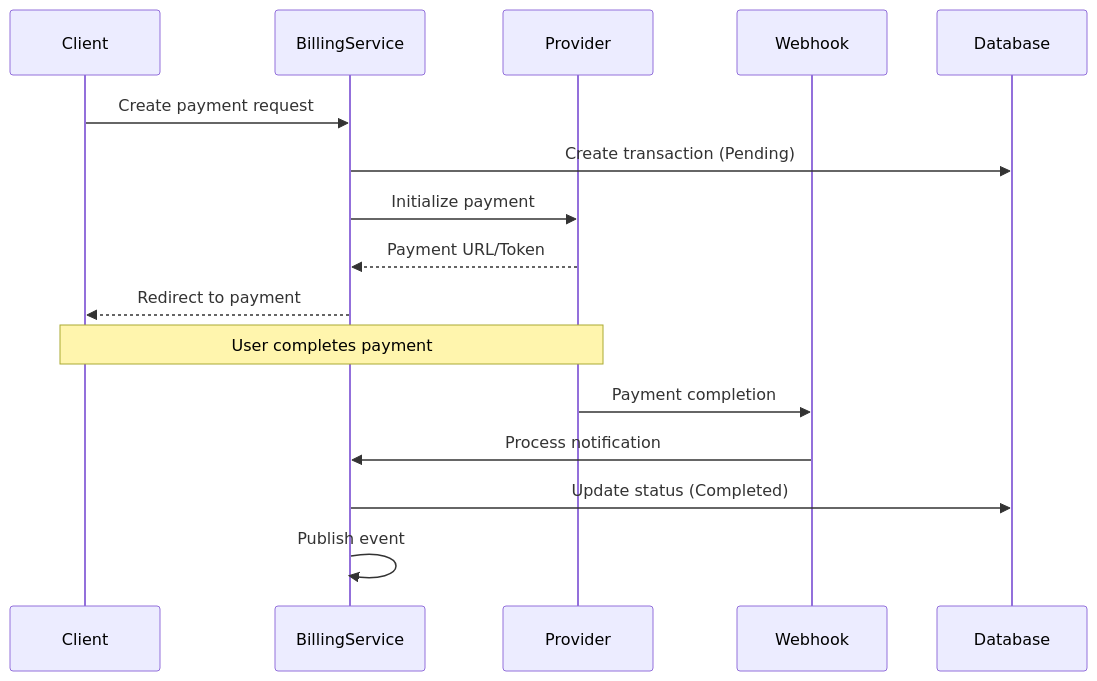
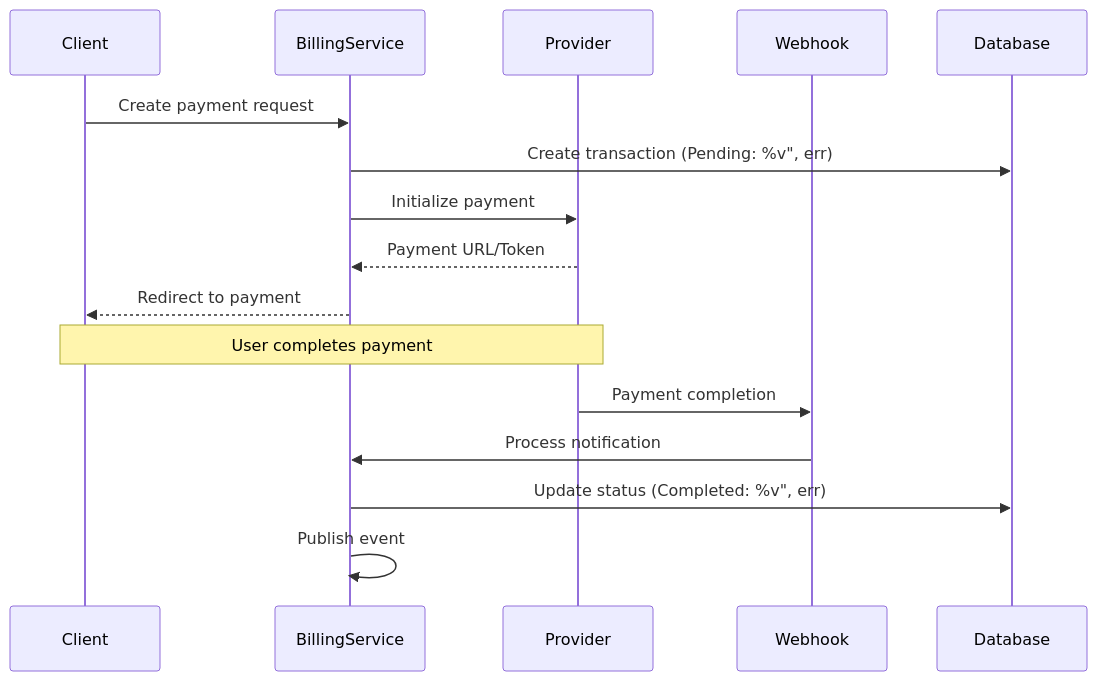
Before and after one commit to iota-uz/iota-sdk: the second of 2 diagrams in docs/content/billing/overview.mdx, drawn with Mermaid. The commit also changed 22 other files, not shown here.

````diff
--- a/docs/content/billing/overview.mdx
+++ b/docs/content/billing/overview.mdx
@@ -90,21 +90,21 @@
 ```mermaid
 sequenceDiagram
     participant Client
     participant BillingService
     participant Provider
     participant Webhook
     participant Database
     
     Client->>BillingService: Create payment request
-    BillingService->>Database: Create transaction (Pending)
+    BillingService->>Database: Create transaction (Pending: %v", err)
     BillingService->>Provider: Initialize payment
     Provider-->>BillingService: Payment URL/Token
     BillingService-->>Client: Redirect to payment
     
     Note over Client,Provider: User completes payment
     
     Provider->>Webhook: Payment completion
     Webhook->>BillingService: Process notification
-    BillingService->>Database: Update status (Completed)
+    BillingService->>Database: Update status (Completed: %v", err)
     BillingService->>BillingService: Publish event
 ```
````
